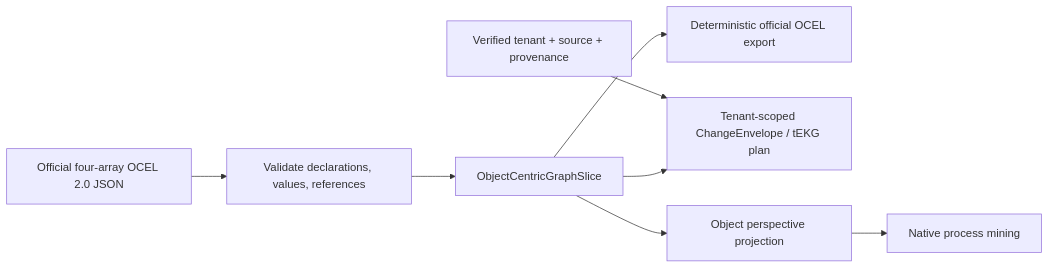
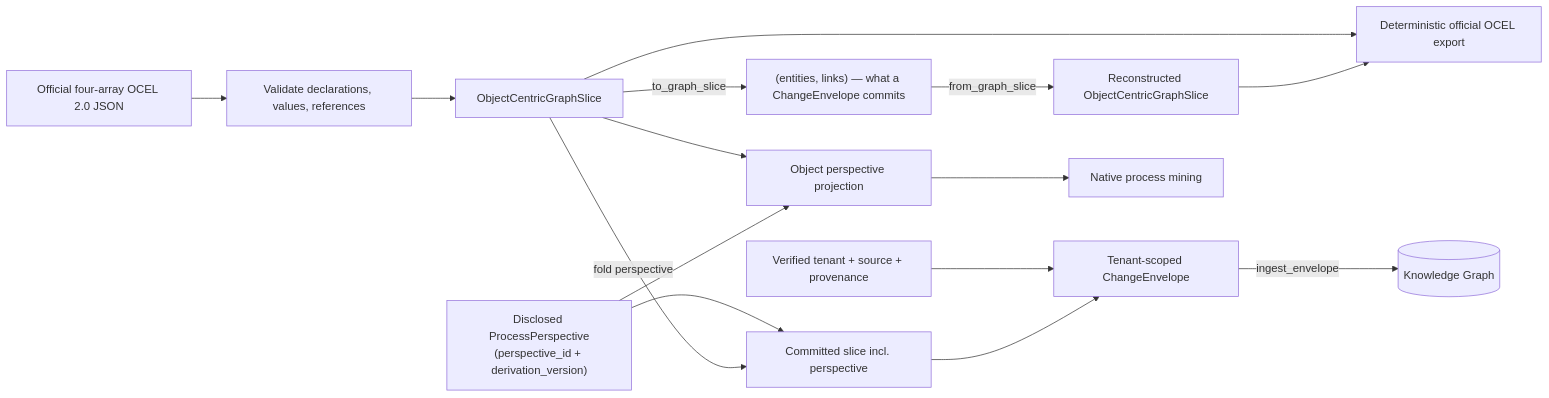
The diagram in docs/architecture/governed_ocel.md (Knuckles-Team/agent-utilities), drawn with Mermaid before and after one commit. The commit also changed other lines of this file and 13 other files, not shown here.

````diff
--- a/docs/architecture/governed_ocel.md
+++ b/docs/architecture/governed_ocel.md
@@ -30,10 +61,17 @@
 ```mermaid
 flowchart LR
     O[Official four-array OCEL 2.0 JSON] --> V["Validate declarations, values, references"]
     V --> S[ObjectCentricGraphSlice]
     S --> E[Deterministic official OCEL export]
+    S -- to_graph_slice --> N["(entities, links) — what a ChangeEnvelope commits"]
+    N -- from_graph_slice --> S2[Reconstructed ObjectCentricGraphSlice]
+    S2 --> E
     G[Verified tenant + source + provenance] --> C
-    S --> C[Tenant-scoped ChangeEnvelope / tEKG plan]
+    Pv["Disclosed ProcessPerspective\n(perspective_id + derivation_version)"] --> S3
+    S -- fold perspective --> S3[Committed slice incl. perspective]
+    S3 --> C[Tenant-scoped ChangeEnvelope]
+    C -- ingest_envelope --> KG[(Knowledge Graph)]
     S --> P[Object perspective projection]
+    Pv --> P
     P --> M[Native process mining]
 ```
````
